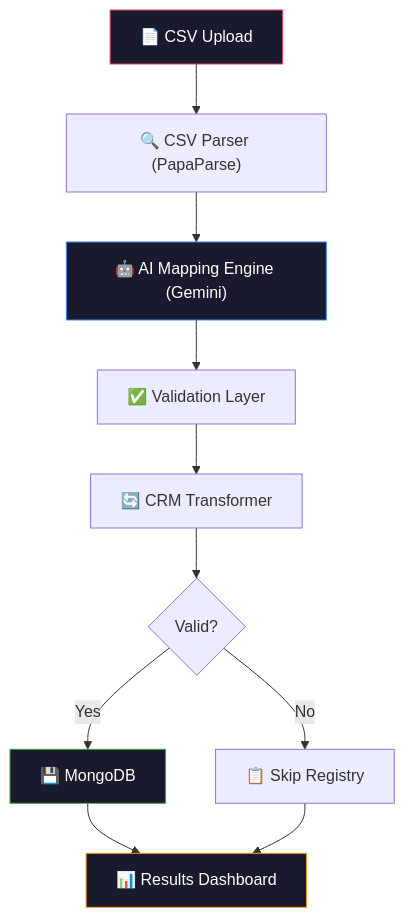
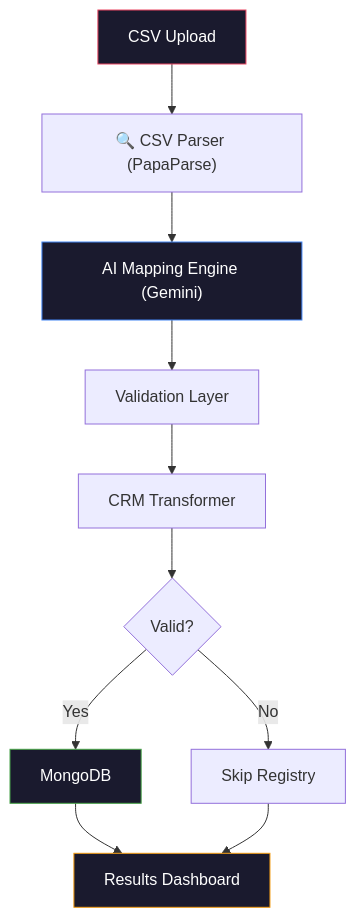
One commit to souma9830/GrowEasy changed the first of 3 diagrams in README.md. Above: the diagram before and after it, drawn with Mermaid. The commit also changed other lines of this file, not shown here.

````diff
--- a/README.md
+++ b/README.md
@@ -87,17 +87,17 @@
 ```mermaid
 flowchart TD
-    A["📄 CSV Upload"] --> B["🔍 CSV Parser (PapaParse)"]
-    B --> C["🤖 AI Mapping Engine (Gemini)"]
-    C --> D["✅ Validation Layer"]
-    D --> E["🔄 CRM Transformer"]
+    A["CSV Upload"] --> B["🔍 CSV Parser (PapaParse)"]
+    B --> C["AI Mapping Engine (Gemini)"]
+    C --> D[" Validation Layer"]
+    D --> E[" CRM Transformer"]
     E --> F{"Valid?"}
-    F -- Yes --> G["💾 MongoDB"]
-    F -- No --> H["📋 Skip Registry"]
-    G --> I["📊 Results Dashboard"]
+    F -- Yes --> G[" MongoDB"]
+    F -- No --> H[" Skip Registry"]
+    G --> I[" Results Dashboard"]
     H --> I
 
     style A fill:#1a1a2e,stroke:#e94560,color:#fff
     style C fill:#1a1a2e,stroke:#4285f4,color:#fff
     style G fill:#1a1a2e,stroke:#47a248,color:#fff
     style I fill:#1a1a2e,stroke:#f39c12,color:#fff
 ```
````
